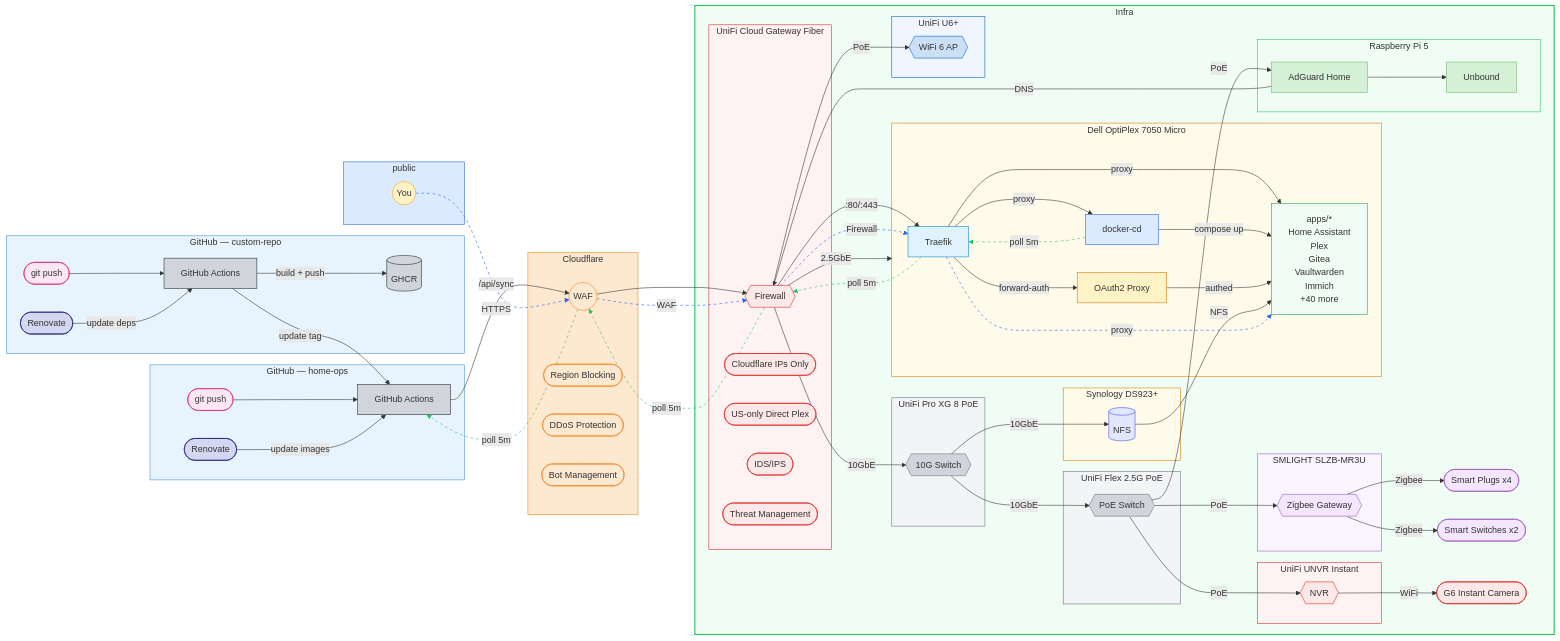
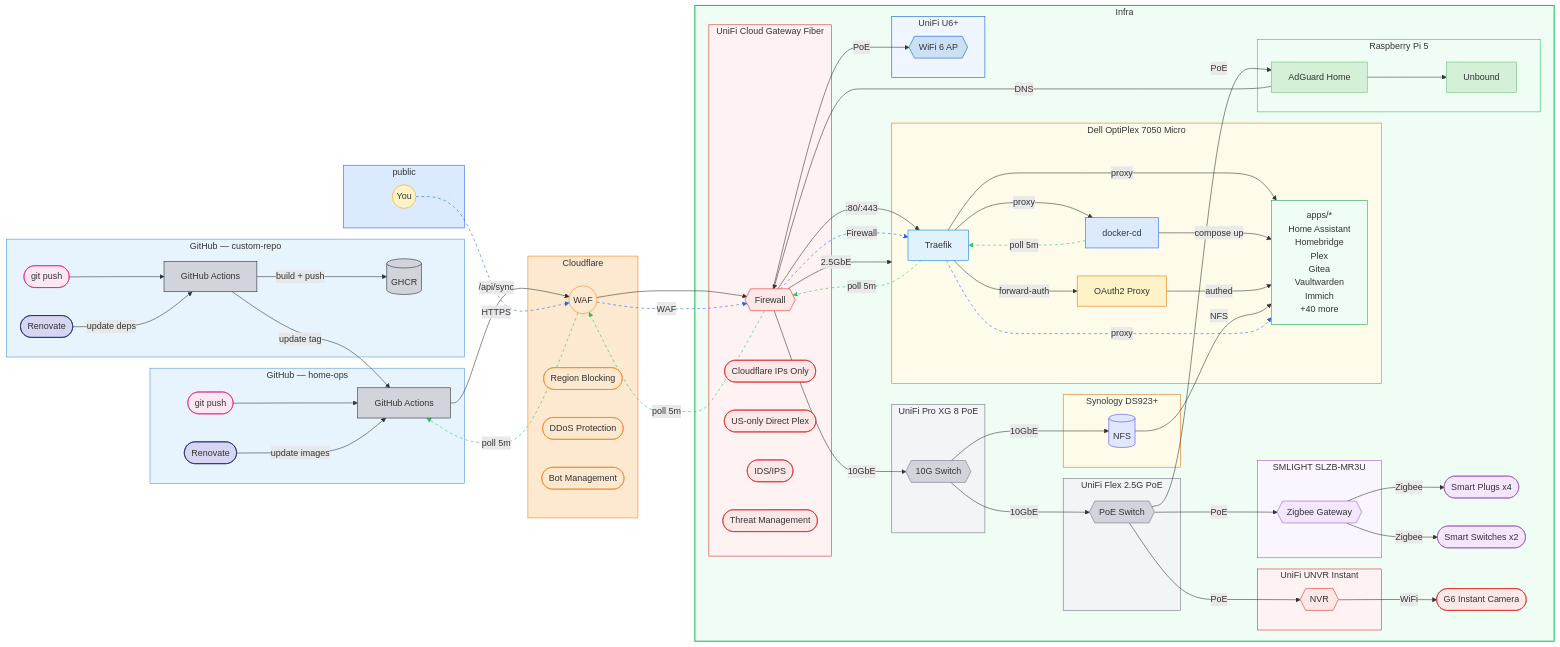
Before and after one commit to wajeht/home-ops: the diagram in README.md, drawn with Mermaid. The commit also changed 7 other files, not shown here.

```diff
--- a/README.md
+++ b/README.md
@@ -51,6 +51,7 @@
 
             apps["apps/*
             Home Assistant
+            Homebridge
             Plex
             Gitea
             Vaultwarden
```
